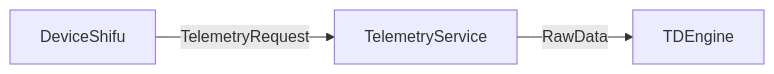
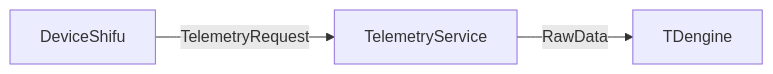
Before and after one commit to Edgenesis/shifu: the diagram in docs/design/shifu-framework/telemetry-service-TDEngine.md, drawn with Mermaid. The commit also changed other lines of this file and 12 other files, not shown here.

````diff
--- a/docs/design/shifu-framework/telemetry-service-TDEngine.md
+++ b/docs/design/shifu-framework/telemetry-service-TDEngine.md
@@ -60,6 +60,6 @@
 ```mermaid
 graph LR;
 DeviceShifu -->|TelemetryRequest| TelemetryService;
-TelemetryService -->|RawData| TDEngine;
+TelemetryService -->|RawData| TDengine;
 
 ```
````
